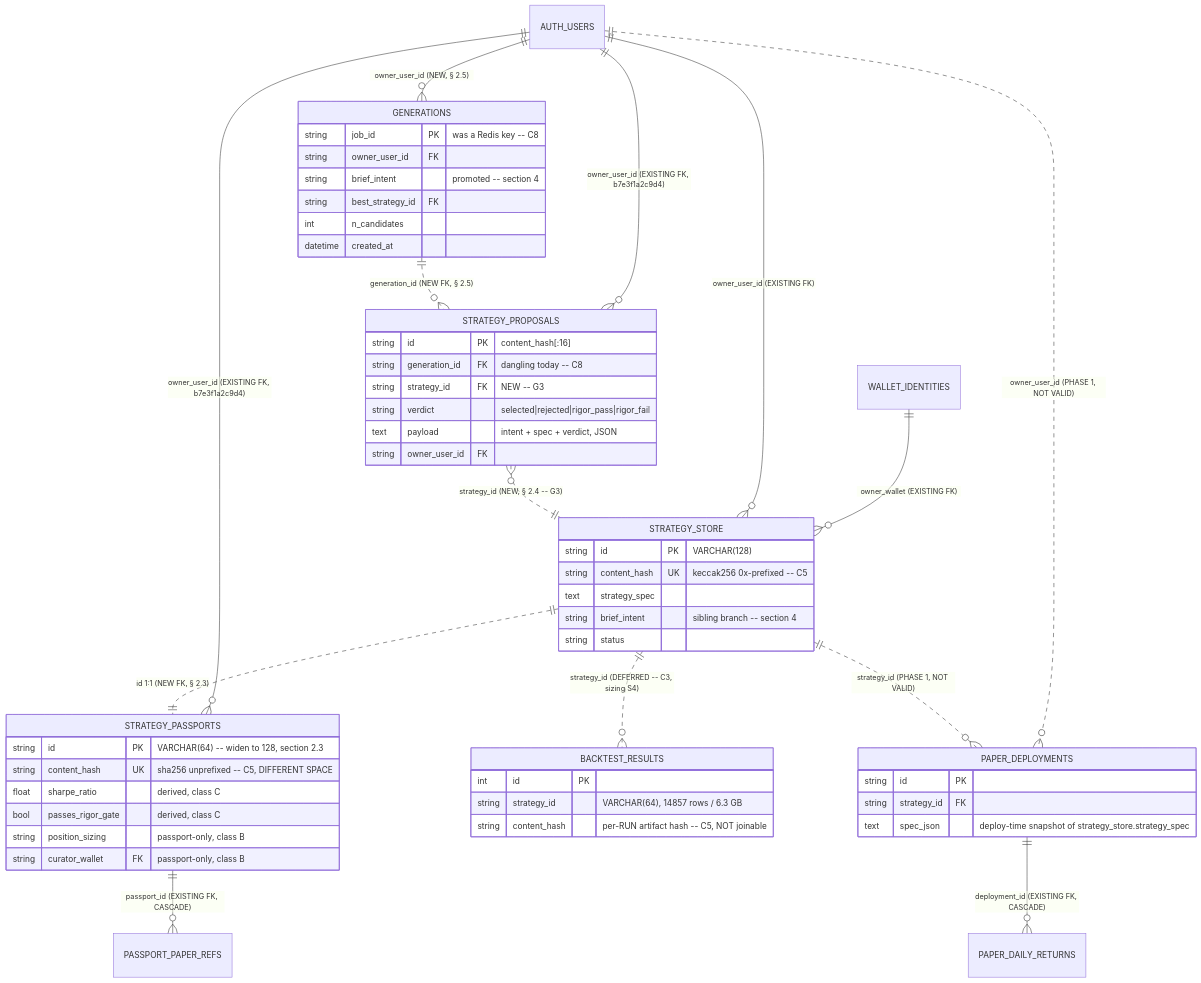
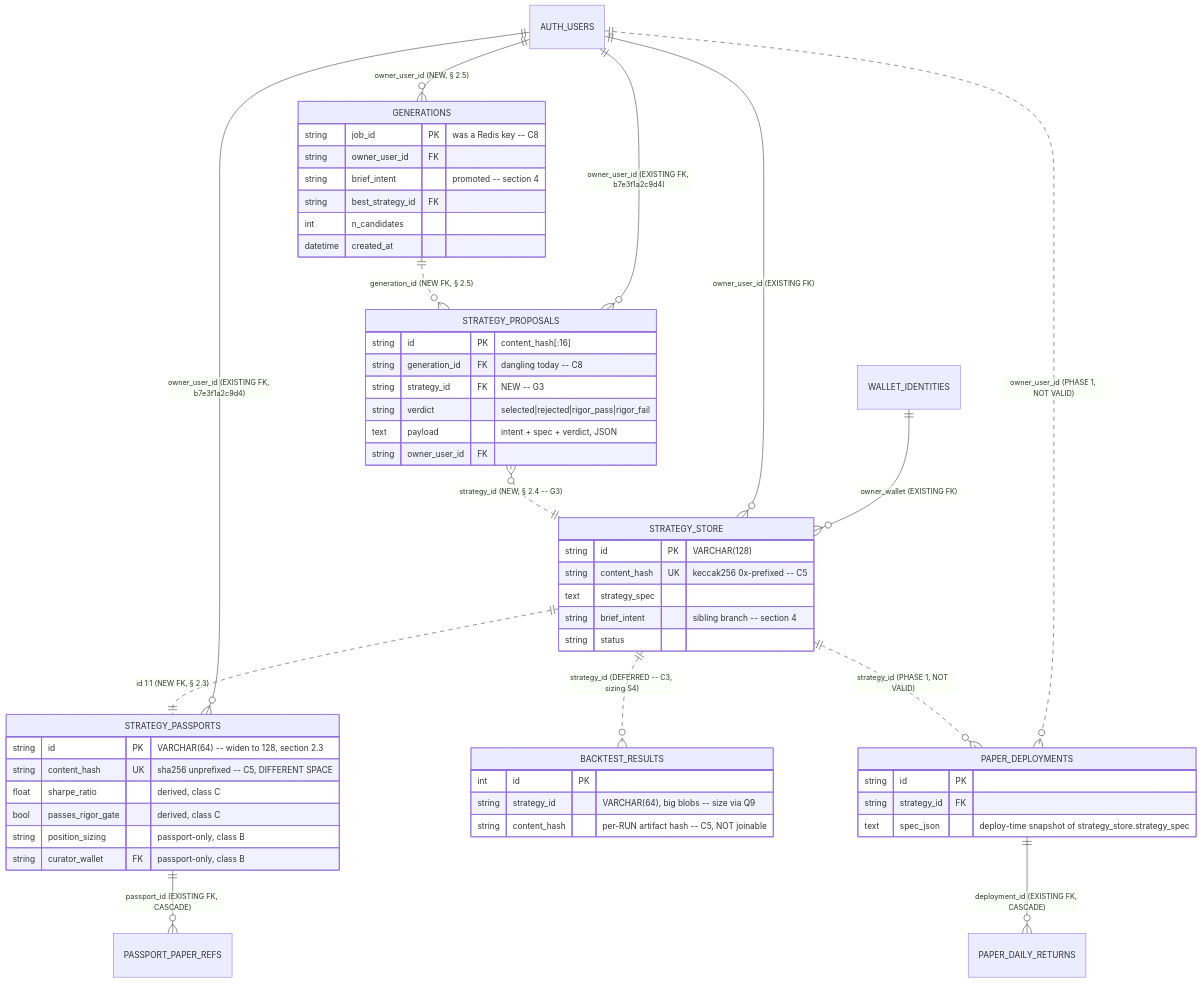
One commit to a-apin/archimedes changed the diagram in docs/plans/2026-08-30-relations-phase2.md. Above: the diagram before and after it, drawn with Mermaid. The commit also changed other lines of this file, not shown here.

````diff
--- a/docs/plans/2026-08-30-relations-phase2.md
+++ b/docs/plans/2026-08-30-relations-phase2.md
@@ -78,58 +81,58 @@
 ```mermaid
 erDiagram
     AUTH_USERS ||--o{ GENERATIONS : "owner_user_id (NEW, § 2.5)"
     GENERATIONS ||..o{ STRATEGY_PROPOSALS : "generation_id (NEW FK, § 2.5)"
     STRATEGY_PROPOSALS }o..|| STRATEGY_STORE : "strategy_id (NEW, § 2.4 -- G3)"
     AUTH_USERS ||--o{ STRATEGY_PROPOSALS : "owner_user_id (EXISTING FK, b7e3f1a2c9d4)"
     AUTH_USERS ||--o{ STRATEGY_STORE : "owner_user_id (EXISTING FK)"
     WALLET_IDENTITIES ||--o{ STRATEGY_STORE : "owner_wallet (EXISTING FK)"
     STRATEGY_STORE ||..|| STRATEGY_PASSPORTS : "id 1:1 (NEW FK, § 2.3)"
     AUTH_USERS ||--o{ STRATEGY_PASSPORTS : "owner_user_id (EXISTING FK, b7e3f1a2c9d4)"
     STRATEGY_PASSPORTS ||--o{ PASSPORT_PAPER_REFS : "passport_id (EXISTING FK, CASCADE)"
     STRATEGY_STORE ||..o{ BACKTEST_RESULTS : "strategy_id (DEFERRED -- C3, sizing S4)"
     STRATEGY_STORE ||..o{ PAPER_DEPLOYMENTS : "strategy_id (PHASE 1, NOT VALID)"
     PAPER_DEPLOYMENTS ||--o{ PAPER_DAILY_RETURNS : "deployment_id (EXISTING FK, CASCADE)"
     AUTH_USERS ||..o{ PAPER_DEPLOYMENTS : "owner_user_id (PHASE 1, NOT VALID)"
 
     GENERATIONS {
         string job_id PK "was a Redis key -- C8"
         string owner_user_id FK
         string brief_intent "promoted -- section 4"
         string best_strategy_id FK
         int n_candidates
         datetime created_at
     }
     STRATEGY_PROPOSALS {
         string id PK "content_hash[:16]"
         string generation_id FK "dangling today -- C8"
         string strategy_id FK "NEW -- G3"
         string verdict "selected|rejected|rigor_pass|rigor_fail"
         text payload "intent + spec + verdict, JSON"
         string owner_user_id FK
     }
     STRATEGY_STORE {
         string id PK "VARCHAR(128)"
         string content_hash UK "keccak256 0x-prefixed -- C5"
         text strategy_spec
         string brief_intent "sibling branch -- section 4"
         string status
     }
     STRATEGY_PASSPORTS {
         string id PK "VARCHAR(64) -- widen to 128, section 2.3"
         string content_hash UK "sha256 unprefixed -- C5, DIFFERENT SPACE"
         float sharpe_ratio "derived, class C"
         bool passes_rigor_gate "derived, class C"
         string position_sizing "passport-only, class B"
         string curator_wallet FK "passport-only, class B"
     }
     BACKTEST_RESULTS {
         int id PK
-        string strategy_id "VARCHAR(64), 14857 rows / 6.3 GB"
+        string strategy_id "VARCHAR(64), big blobs -- size via Q9"
         string content_hash "per-RUN artifact hash -- C5, NOT joinable"
     }
     PAPER_DEPLOYMENTS {
         string id PK
         string strategy_id FK
         text spec_json "deploy-time snapshot of strategy_store.strategy_spec"
     }
 ```
````
